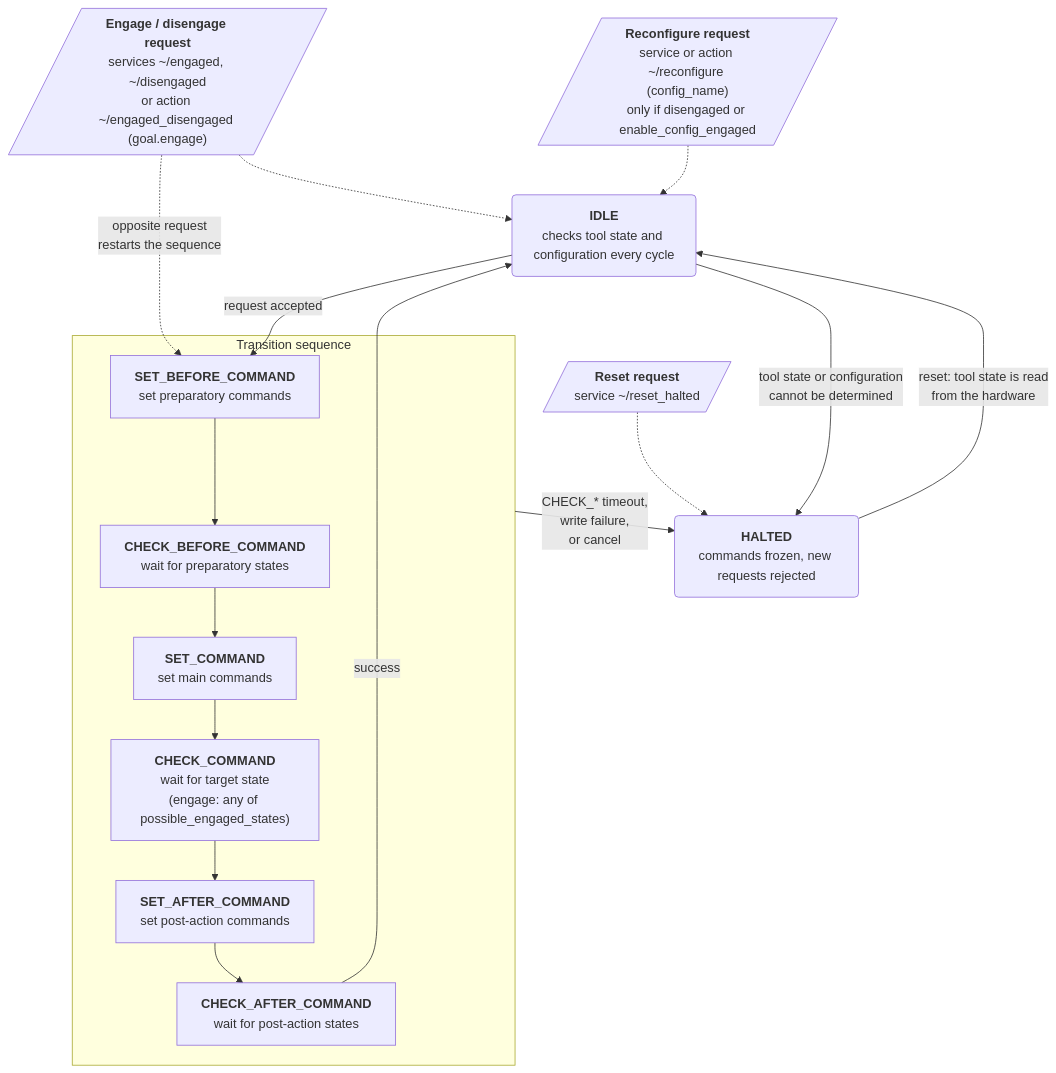
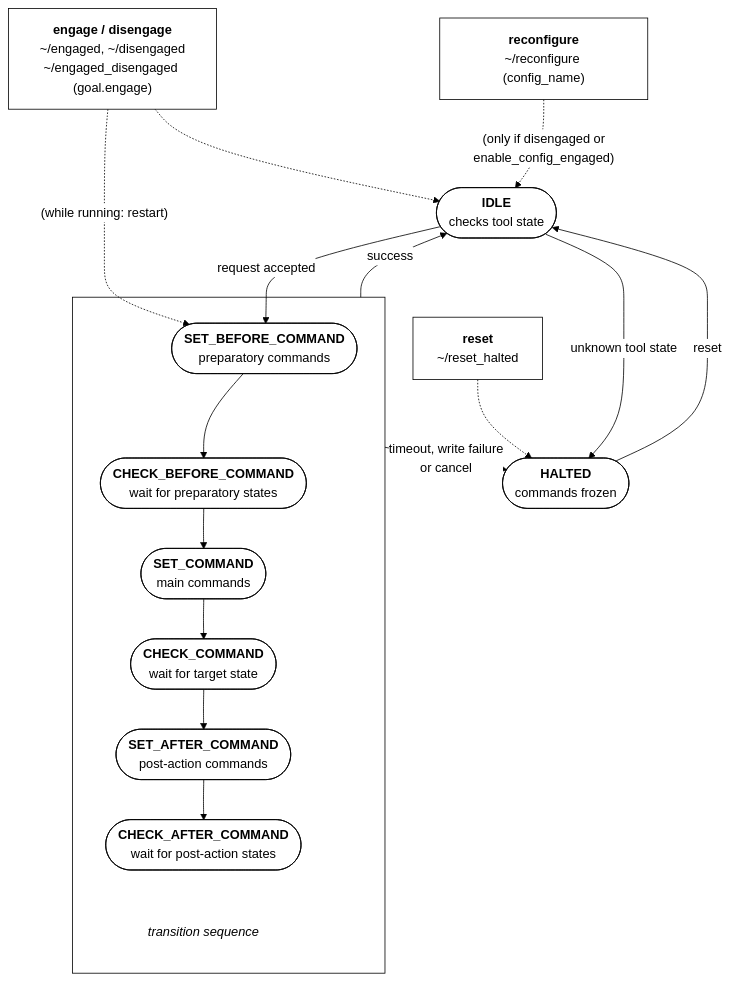
Before and after one commit to ros-controls/ros2_controllers: the diagram in gpio_controllers/doc/gpio_tool_controller_state_machine.md, drawn with Mermaid. The commit also changed other lines of this file, not shown here.

Commit message:
gpio_tool_controller: restyle state machine diagram in black and white
- Draw states as ovals and requests as rectangles.
- Shorten state and transition labels; show conditions in parentheses.
- Move the transition sequence title to the bottom of its box.

````diff
--- a/gpio_controllers/doc/gpio_tool_controller_state_machine.md
+++ b/gpio_controllers/doc/gpio_tool_controller_state_machine.md
@@ -5,30 +4,33 @@
 ```mermaid
+%%{init: {"theme": "base", "themeVariables": {"background": "#ffffff", "primaryColor": "#ffffff", "primaryTextColor": "#000000", "primaryBorderColor": "#000000", "lineColor": "#000000", "clusterBkg": "#ffffff", "clusterBorder": "#000000", "edgeLabelBackground": "#ffffff"}}}%%
 flowchart TD
-    ENG[/"<b>Engage / disengage request</b><br/>services ~/engaged, ~/disengaged<br/>or action ~/engaged_disengaged (goal.engage)"/]
-    REC[/"<b>Reconfigure request</b><br/>service or action ~/reconfigure (config_name)<br/>only if disengaged or enable_config_engaged"/]
-    RST[/"<b>Reset request</b><br/>service ~/reset_halted"/]
+    ENG["<b>engage / disengage</b><br/>~/engaged, ~/disengaged<br/>~/engaged_disengaged (goal.engage)"]
+    REC["<b>reconfigure</b><br/>~/reconfigure (config_name)"]
+    RST["<b>reset</b><br/>~/reset_halted"]
 
-    IDLE("<b>IDLE</b><br/>checks tool state and configuration every cycle")
-    HALTED("<b>HALTED</b><br/>commands frozen, new requests rejected")
+    IDLE(["<b>IDLE</b><br/>checks tool state"])
+    HALTED(["<b>HALTED</b><br/>commands frozen"])
 
-    subgraph SEQ ["Transition sequence"]
-        SBC["<b>SET_BEFORE_COMMAND</b><br/>set preparatory commands"]
-        CBC["<b>CHECK_BEFORE_COMMAND</b><br/>wait for preparatory states"]
-        SC["<b>SET_COMMAND</b><br/>set main commands"]
-        CC["<b>CHECK_COMMAND</b><br/>wait for target state<br/>(engage: any of possible_engaged_states)"]
-        SAC["<b>SET_AFTER_COMMAND</b><br/>set post-action commands"]
-        CAC["<b>CHECK_AFTER_COMMAND</b><br/>wait for post-action states"]
-        SBC --> CBC --> SC --> CC --> SAC --> CAC
+    subgraph SEQ [" "]
+        SBC(["<b>SET_BEFORE_COMMAND</b><br/>preparatory commands"])
+        CBC(["<b>CHECK_BEFORE_COMMAND</b><br/>wait for preparatory states"])
+        SC(["<b>SET_COMMAND</b><br/>main commands"])
+        CC(["<b>CHECK_COMMAND</b><br/>wait for target state"])
+        SAC(["<b>SET_AFTER_COMMAND</b><br/>post-action commands"])
+        CAC(["<b>CHECK_AFTER_COMMAND</b><br/>wait for post-action states"])
+        SEQ_TITLE["<i>transition sequence</i>"]
+        SBC --> CBC --> SC --> CC --> SAC --> CAC ~~~ SEQ_TITLE
     end
+    style SEQ_TITLE fill:none,stroke:none
 
     ENG -.-> IDLE
-    ENG -.->|"opposite request<br/>restarts the sequence"| SBC
-    REC -.-> IDLE
+    ENG -.->|"(while running: restart)"| SBC
+    REC -.->|"(only if disengaged or<br/>enable_config_engaged)"| IDLE
     RST -.-> HALTED
 
     IDLE -->|request accepted| SBC
-    CAC -->|success| IDLE
-    SEQ -->|"CHECK_* timeout,<br/>write failure,<br/>or cancel"| HALTED
-    IDLE -->|"tool state or configuration<br/>cannot be determined"| HALTED
-    HALTED -->|"reset: tool state is read<br/>from the hardware"| IDLE
+    SEQ -->|success| IDLE
+    SEQ -->|"timeout, write failure<br/>or cancel"| HALTED
+    IDLE -->|unknown tool state| HALTED
+    HALTED -->|reset| IDLE
 ```
````
